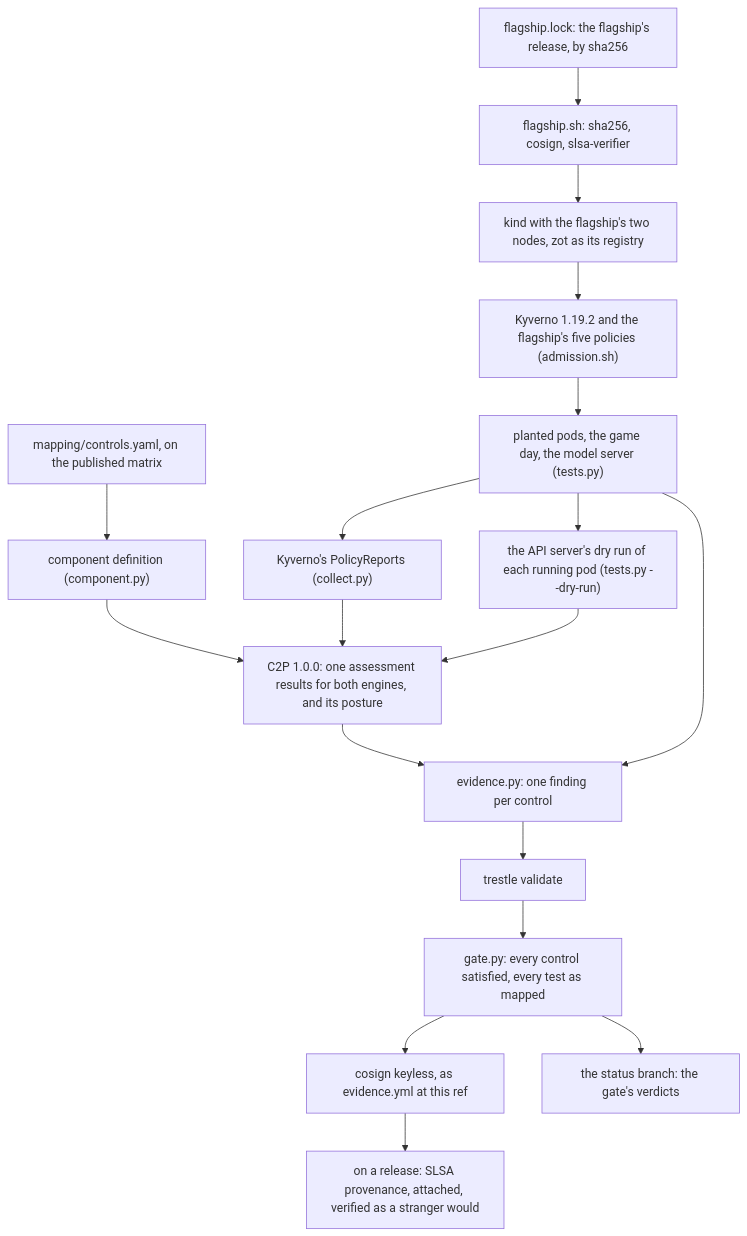
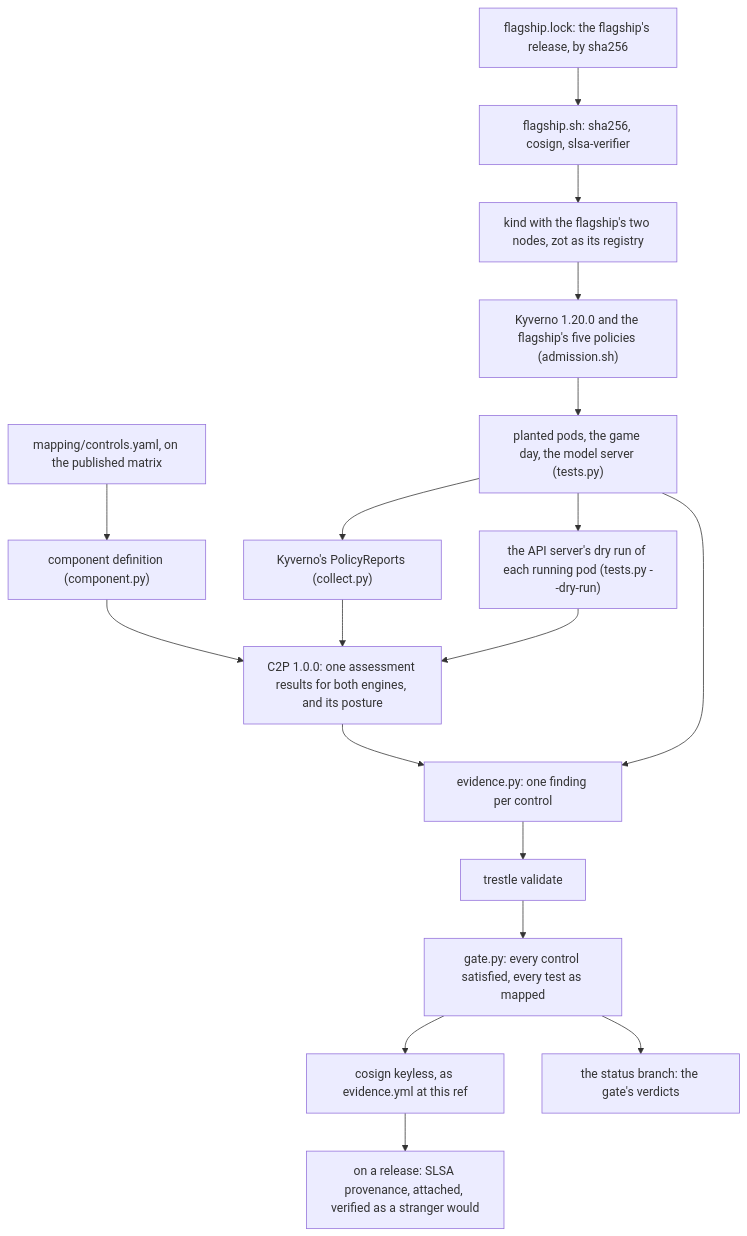
Before and after one commit to heyvaldemar/kubernetes-oscal-evidence: the diagram in README.md, drawn with Mermaid. The commit also changed other lines of this file and 15 other files, not shown here.

First line of the commit message:
chore(flagship): v1.10.0, with Kyverno 1.20.0, and vault-not-carried mapped as a test (#2)

````diff
--- a/README.md
+++ b/README.md
@@ -37,20 +37,20 @@
 ```mermaid
 flowchart TD
   lock["flagship.lock: the flagship's release, by sha256"] --> verify["flagship.sh: sha256, cosign, slsa-verifier"]
   verify --> cluster["kind with the flagship's two nodes, zot as its registry"]
-  cluster --> policies["Kyverno 1.19.2 and the flagship's five policies (admission.sh)"]
+  cluster --> policies["Kyverno 1.20.0 and the flagship's five policies (admission.sh)"]
   policies --> pods["planted pods, the game day, the model server (tests.py)"]
   pods --> reports["Kyverno's PolicyReports (collect.py)"]
   pods --> dryrun["the API server's dry run of each running pod (tests.py --dry-run)"]
   mapping["mapping/controls.yaml, on the published matrix"] --> cd["component definition (component.py)"]
   cd --> c2p["C2P 1.0.0: one assessment results for both engines, and its posture"]
   reports --> c2p
   dryrun --> c2p
   c2p --> evidence["evidence.py: one finding per control"]
   pods --> evidence
   evidence --> validate["trestle validate"]
   validate --> gate["gate.py: every control satisfied, every test as mapped"]
   gate --> sign["cosign keyless, as evidence.yml at this ref"]
   gate --> status["the status branch: the gate's verdicts"]
   sign --> release["on a release: SLSA provenance, attached, verified as a stranger would"]
 ```
````
